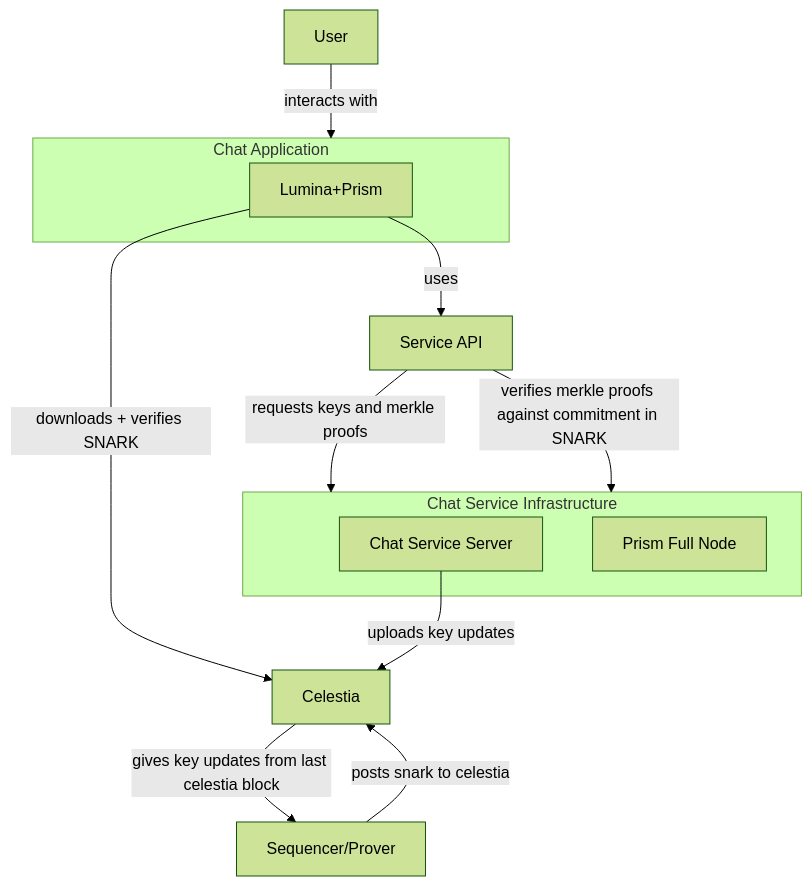
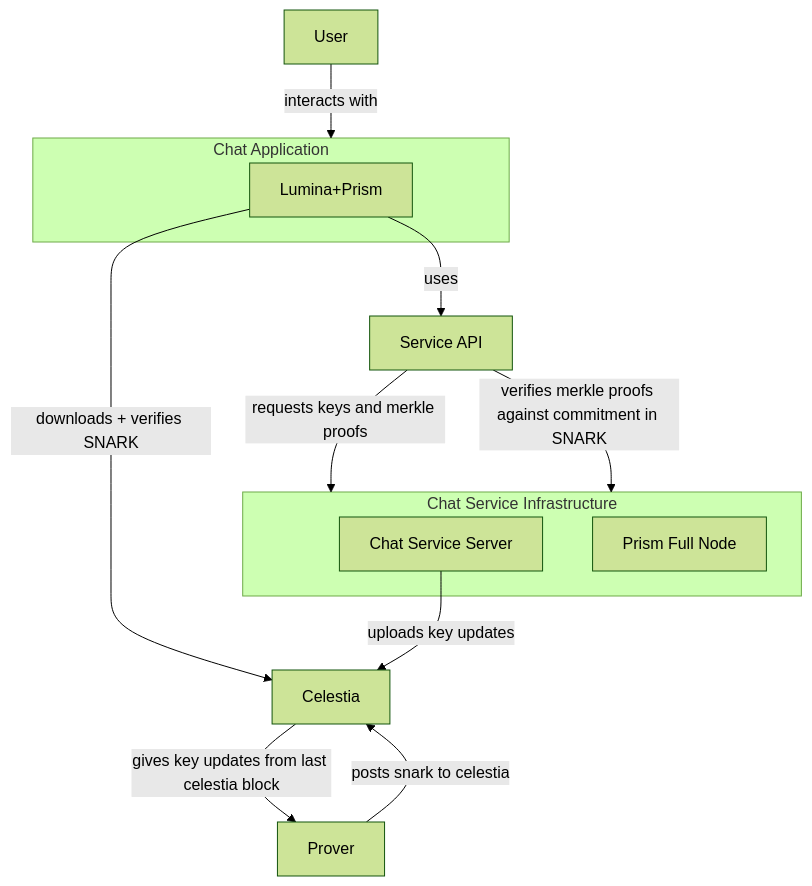
The diagram in doc/src/architecture.md (deltadevsde/prism), drawn with Mermaid (forest theme) before and after one commit. The commit also changed other lines of this file and 44 other files, not shown here.

Commit message:
refactor(sequencer): renaming sequencer to prover

````diff
--- a/doc/src/architecture.md
+++ b/doc/src/architecture.md
@@ -13,22 +13,22 @@
 ```mermaid
 graph TD
     User[User] -->|interacts with| ChatApp[Chat Application]
     subgraph ChatApp[Chat Application]
         LuminaPrism[Lumina+Prism]
     end
     LuminaPrism -->|uses| ServiceAPI[Service API]
     LuminaPrism -->|downloads + verifies SNARK| Celestia
 
     subgraph ChatServiceInfra[Chat Service Infrastructure]
         ChatServer[Chat Service Server]
         PrismNode[Prism Full Node]
     end
 
     ServiceAPI -->|requests keys and merkle proofs| ChatServiceInfra
     ServiceAPI -->|verifies merkle proofs against commitment in SNARK| ChatServiceInfra
 
     ChatServer -->|uploads key updates| Celestia
 
-    Celestia -->|gives key updates from last celestia block| Sequencer
-    Sequencer[Sequencer/Prover] -->|posts snark to celestia| Celestia
+    Celestia -->|gives key updates from last celestia block| Prover
+    Prover[Prover] -->|posts snark to celestia| Celestia
 ```
````
